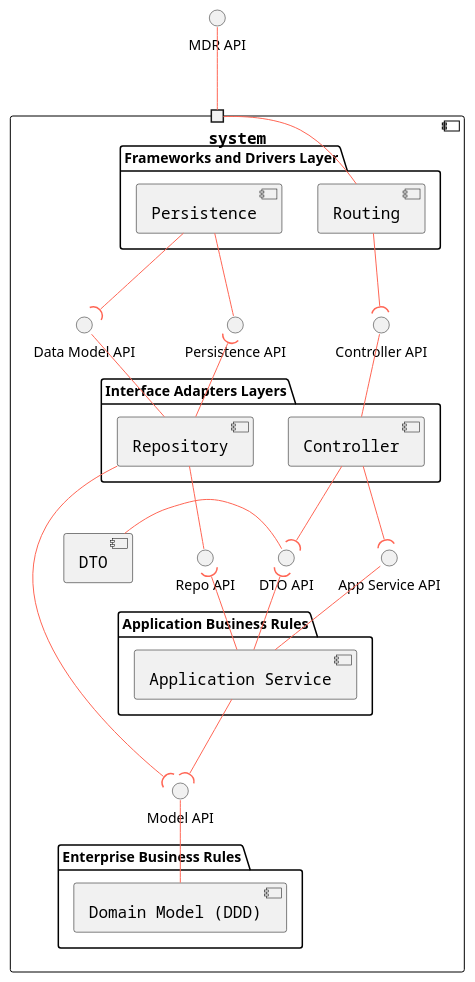
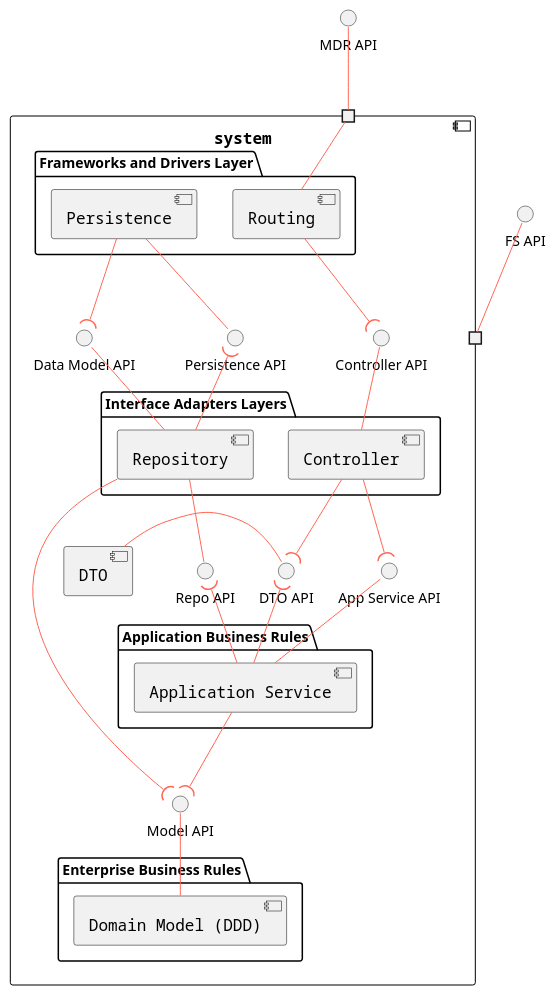
Before and after one commit to Departamento-de-Engenharia-Informatica/lapr5-23-24-g19: the diagram in docs/general-purpose/level3/logical-view.puml, drawn with PlantUML. The commit also changed 22 other files, not shown here.

Commit message:
refactor(us230): comply with onion architecture

```diff
--- a/docs/general-purpose/level3/logical-view.puml
+++ b/docs/general-purpose/level3/logical-view.puml
@@ -1,63 +1,65 @@
 @startuml
 
 skinparam component {
     FontSize 16
     BackgroundColor<<Apache>> LightCoral
     BorderColor<<Apache>> #FF6655
     FontName Courier
     BorderColor black
     ArrowFontName Impact
     ArrowColor #FF6655
     ArrowFontColor #777777
 }
 
 
 component system {
     package "Frameworks and Drivers Layer" {
         [Routing]
         [Persistence]
     }
 
     package "Interface Adapters Layers" {
         [Controller]
         [Repository]
     }
 
     package "Application Business Rules" {
         [Application Service]
     }
 
     package "Enterprise Business Rules" {
         [Domain Model (DDD)]
     }
 
     portin " " as port1
+    portout " " as port2
 
     [Routing] -- port1
     [Persistence] --( "Data Model API"
     [Persistence] -- "Persistence API"
 
     [Controller] -up- "Controller API"
     [Routing] -down-( "Controller API"
 
     [Repository] -up- "Data Model API"
     [Repository] -up-( "Persistence API"
 
     [Controller] -down-( "App Service API"
     [Controller] -down-( "DTO API"
 
     "DTO API" -left- [DTO]
 
     [Application Service] -up- "App Service API"
     [Application Service] -up-( "DTO API"
     [Repository] -- "Repo API"
     [Application Service] -up-( "Repo API"
 
     [Repository] -down-( "Model API"
     [Application Service] --( "Model API"
     [Domain Model (DDD)] -up- "Model API"
 
 }
+"FS API" -- port2
 "MDR API" -- port1
 
 @enduml
```
